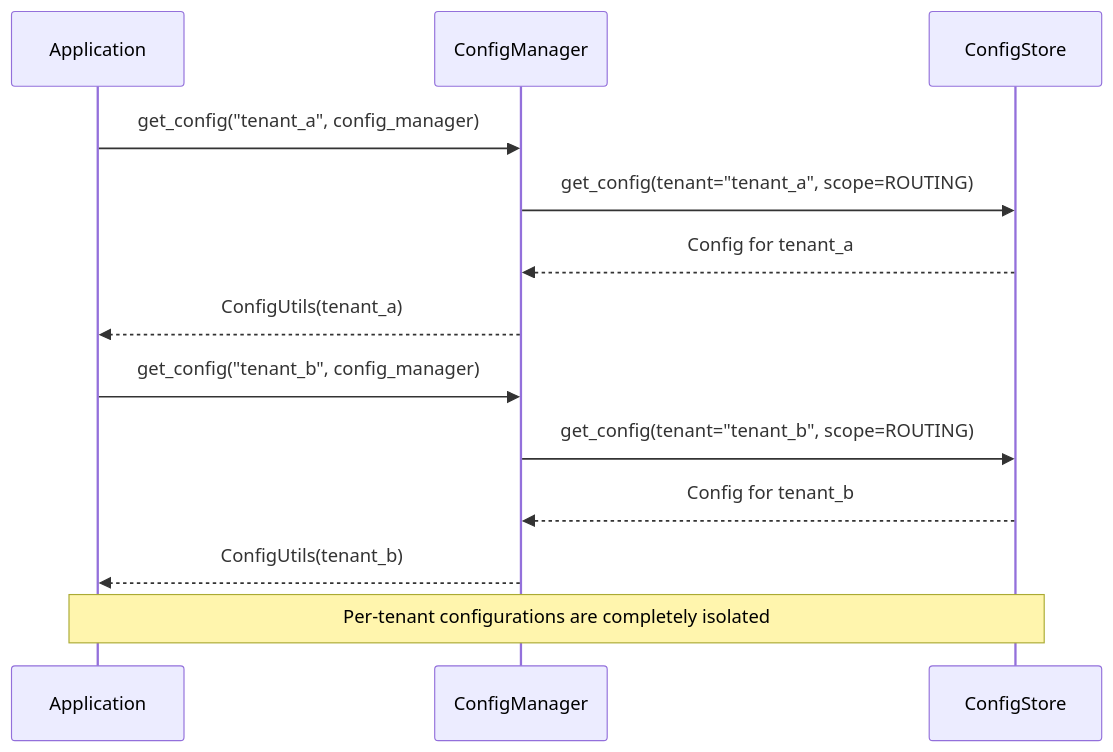
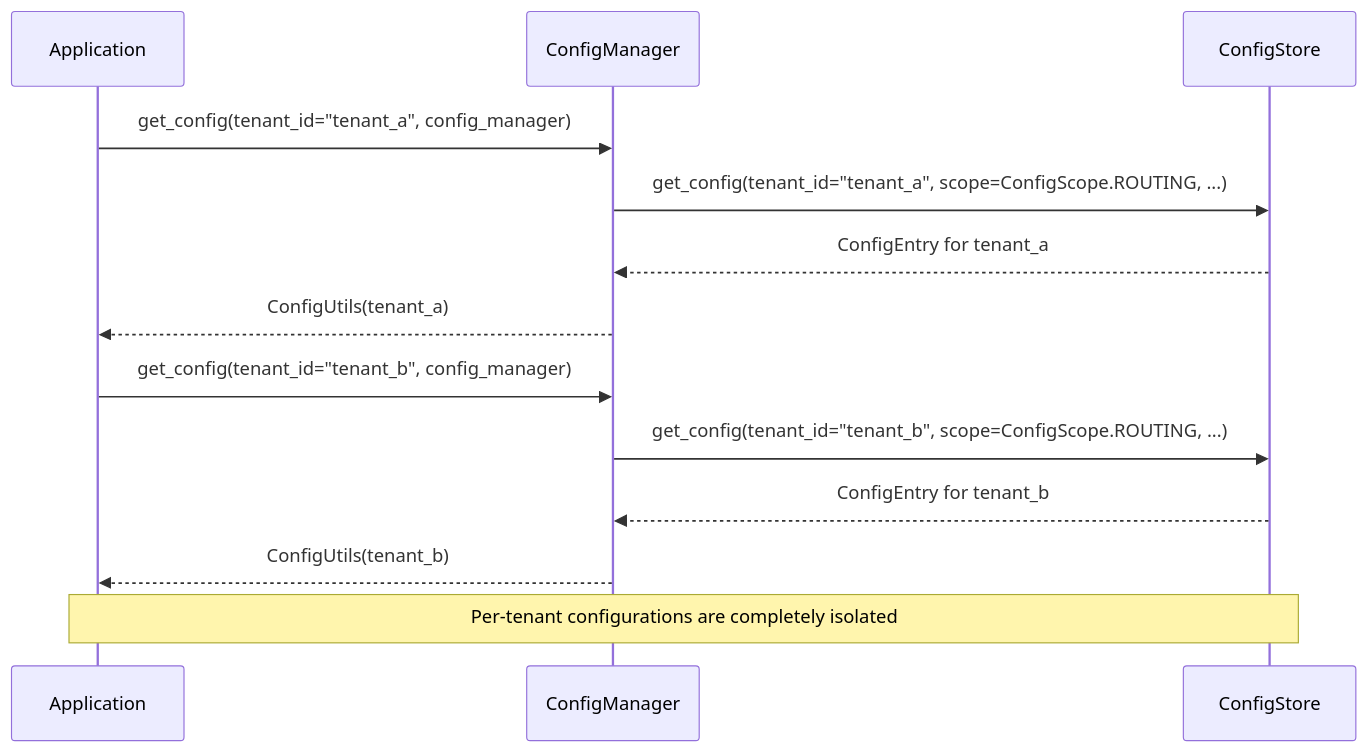
Before and after one commit to amit-jain/cogniverse: the third of 3 diagrams in docs/operations/configuration.md, drawn with Mermaid. The commit also changed other lines of this file and 50 other files, not shown here.

First line of the commit message:
Complete and verify docs against code with mermaid palette

````diff
--- a/docs/operations/configuration.md
+++ b/docs/operations/configuration.md
@@ -359,18 +448,18 @@
 ```mermaid
 sequenceDiagram
     participant App as Application
     participant Manager as ConfigManager
     participant Store as ConfigStore
 
-    App->>Manager: get_config("tenant_a", config_manager)
-    Manager->>Store: get_config(tenant="tenant_a", scope=ROUTING)
-    Store-->>Manager: Config for tenant_a
+    App->>Manager: get_config(tenant_id="tenant_a", config_manager)
+    Manager->>Store: get_config(tenant_id="tenant_a", scope=ConfigScope.ROUTING, ...)
+    Store-->>Manager: ConfigEntry for tenant_a
     Manager-->>App: ConfigUtils(tenant_a)
 
-    App->>Manager: get_config("tenant_b", config_manager)
-    Manager->>Store: get_config(tenant="tenant_b", scope=ROUTING)
-    Store-->>Manager: Config for tenant_b
+    App->>Manager: get_config(tenant_id="tenant_b", config_manager)
+    Manager->>Store: get_config(tenant_id="tenant_b", scope=ConfigScope.ROUTING, ...)
+    Store-->>Manager: ConfigEntry for tenant_b
     Manager-->>App: ConfigUtils(tenant_b)
 
     Note over App,Store: Per-tenant configurations are completely isolated
 ```
````
